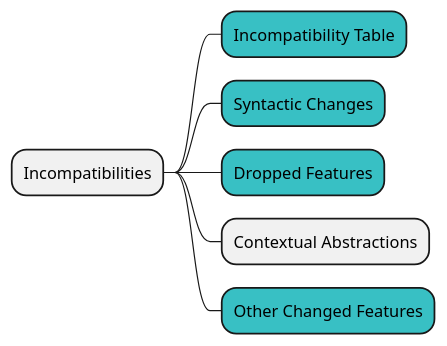
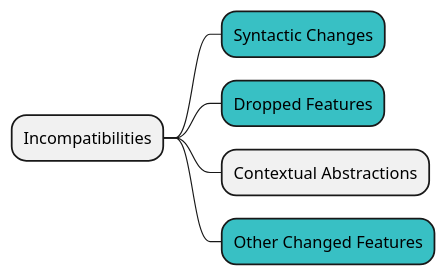
Before and after one commit to shinharad/getting-started-with-scala3: the fifth of 7 diagrams in docs/step01/04_Migration_guideを俯瞰してみる.md, drawn with PlantUML. The commit also changed other lines of this file and 5 other files, not shown here.

````diff
--- a/docs/step01/04_Migration_guideを俯瞰してみる.md
+++ b/docs/step01/04_Migration_guideを俯瞰してみる.md
@@ -64,10 +77,9 @@
 ```plantuml
 @startmindmap
 * Incompatibilities
-**[#38c0c4] Incompatibility Table
 **[#38c0c4] Syntactic Changes
 **[#38c0c4] Dropped Features
 ** Contextual Abstractions
 **[#38c0c4] Other Changed Features
 @endmindmap
 ```
````
